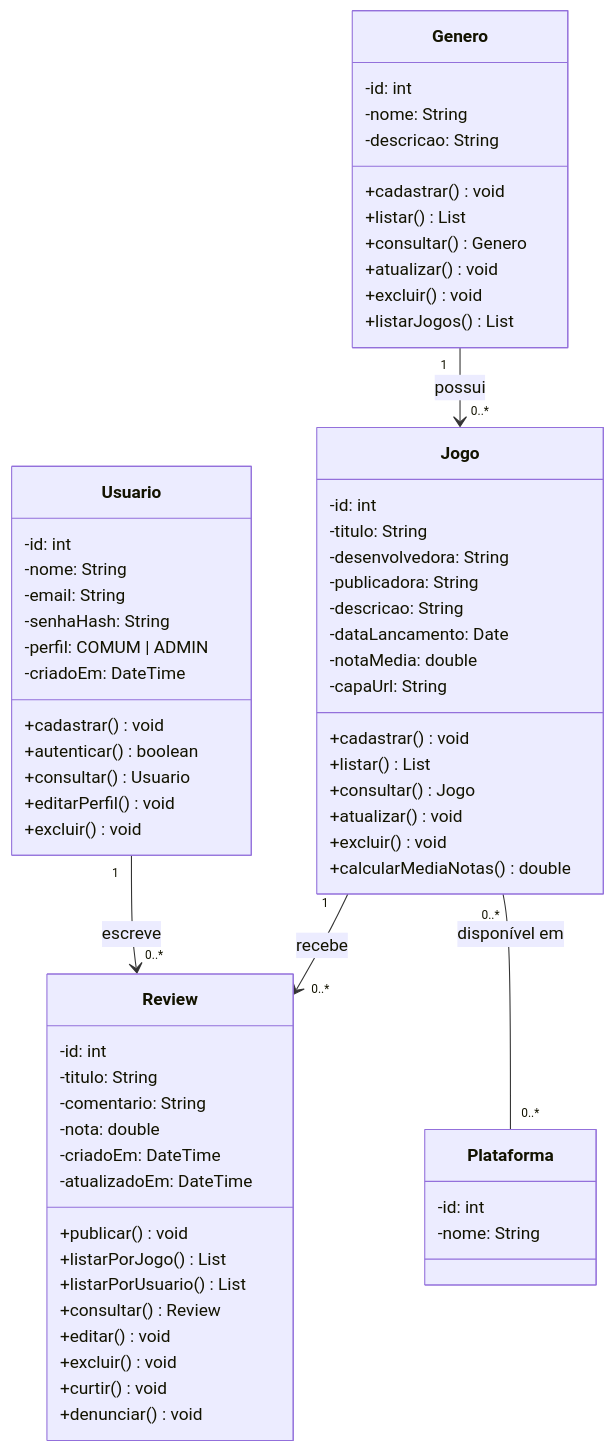
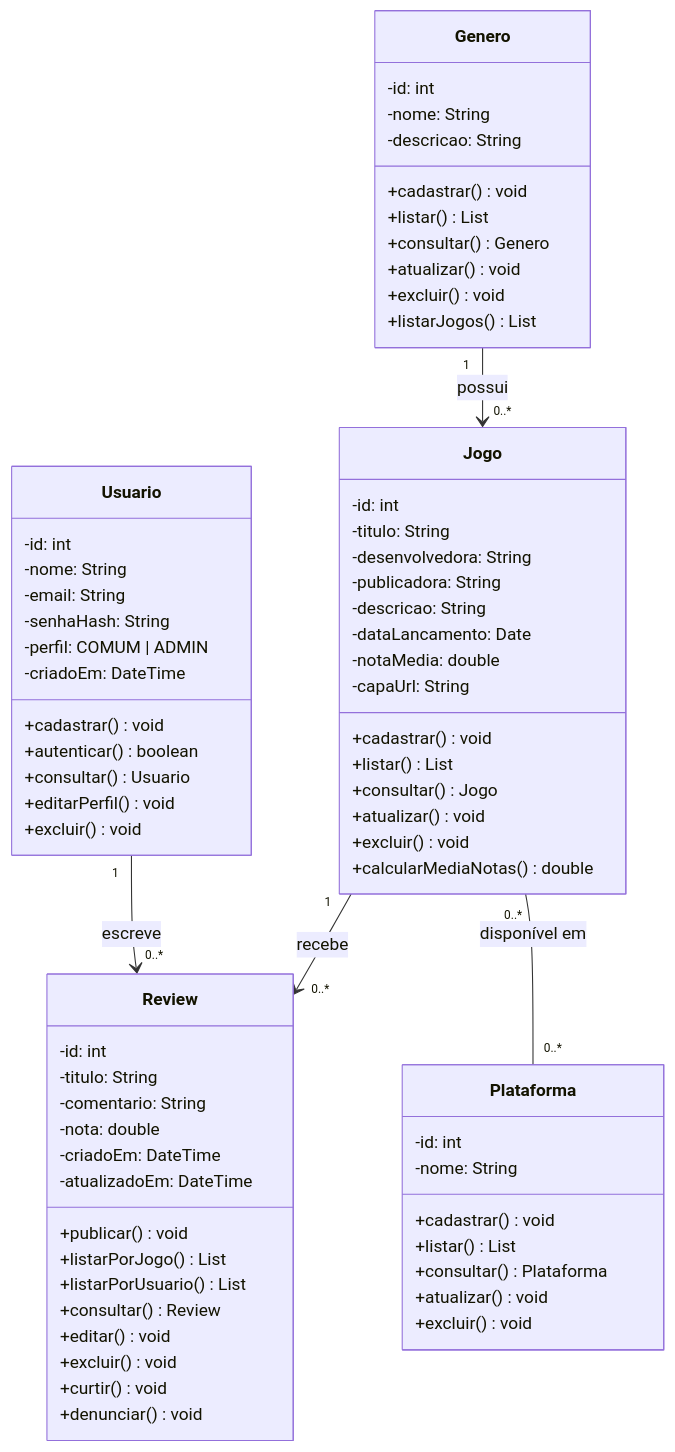
The first of 2 diagrams in Sprints/Sprint-1.md (gigi-zacaroni/Sistema_de_Reviews), drawn with Mermaid before and after one commit. The commit also changed other lines of this file and 14 other files, not shown here.

````diff
--- a/Sprints/Sprint-1.md
+++ b/Sprints/Sprint-1.md
@@ -32,72 +32,77 @@
 ```mermaid
 classDiagram
     class Usuario {
         -id: int
         -nome: String
         -email: String
         -senhaHash: String
         -perfil: COMUM | ADMIN
         -criadoEm: DateTime
         +cadastrar() void
         +autenticar() boolean
         +consultar() Usuario
         +editarPerfil() void
         +excluir() void
     }
 
     class Genero {
         -id: int
         -nome: String
         -descricao: String
         +cadastrar() void
         +listar() List
         +consultar() Genero
         +atualizar() void
         +excluir() void
         +listarJogos() List
     }
 
     class Jogo {
         -id: int
         -titulo: String
         -desenvolvedora: String
         -publicadora: String
         -descricao: String
         -dataLancamento: Date
         -notaMedia: double
         -capaUrl: String
         +cadastrar() void
         +listar() List
         +consultar() Jogo
         +atualizar() void
         +excluir() void
         +calcularMediaNotas() double
     }
 
     class Plataforma {
         -id: int
         -nome: String
+        +cadastrar() void
+        +listar() List
+        +consultar() Plataforma
+        +atualizar() void
+        +excluir() void
     }
 
     class Review {
         -id: int
         -titulo: String
         -comentario: String
         -nota: double
         -criadoEm: DateTime
         -atualizadoEm: DateTime
         +publicar() void
         +listarPorJogo() List
         +listarPorUsuario() List
         +consultar() Review
         +editar() void
         +excluir() void
         +curtir() void
         +denunciar() void
     }
 
     Usuario "1" --> "0..*" Review : escreve
     Jogo "1" --> "0..*" Review : recebe
     Genero "1" --> "0..*" Jogo : possui
     Jogo "0..*" -- "0..*" Plataforma : disponível em
 ```
````
